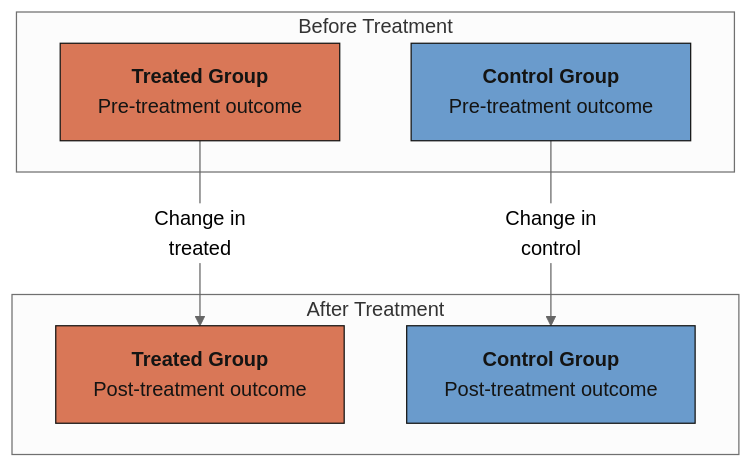
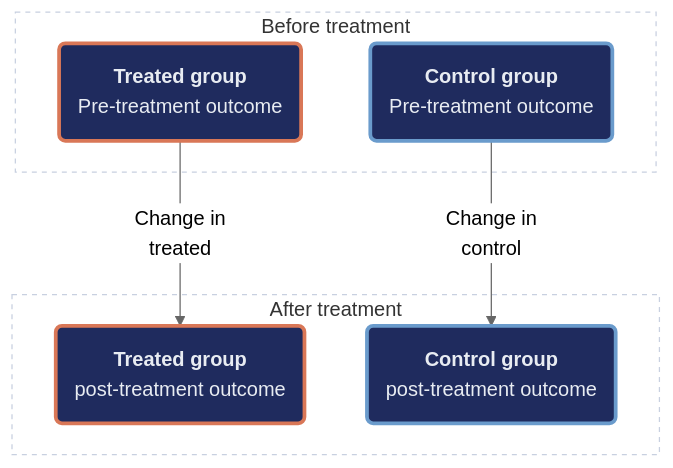
Before and after one commit to cmg777/starter-academic-v501: the first of 2 diagrams in content/post/python_did/index.md, drawn with Mermaid (neutral theme). The commit also changed other lines of this file and 16 other files, not shown here.

First line of the commit message:
content(mermaid): restyle flowcharts in Python posts, batch 1 of 2

````diff
--- a/content/post/python_did/index.md
+++ b/content/post/python_did/index.md
@@ -216,19 +216,20 @@
 ```mermaid
 graph TB
-    subgraph "Before Treatment"
-        A["<b>Treated Group</b><br/>Pre-treatment outcome"]
-        B["<b>Control Group</b><br/>Pre-treatment outcome"]
+    subgraph SG1["Before treatment"]
+        A("<b>Treated group</b><br/>Pre-treatment outcome")
+        B("<b>Control group</b><br/>Pre-treatment outcome")
     end
-    subgraph "After Treatment"
-        C["<b>Treated Group</b><br/>Post-treatment outcome"]
-        D["<b>Control Group</b><br/>Post-treatment outcome"]
+    subgraph SG2["After treatment"]
+        C("<b>Treated group</b><br/>post-treatment outcome")
+        D("<b>Control group</b><br/>post-treatment outcome")
     end
 
     A -->|"Change in<br/>treated"| C
     B -->|"Change in<br/>control"| D
-
-    style A fill:#d97757,stroke:#141413,color:#141413
-    style C fill:#d97757,stroke:#141413,color:#141413
-    style B fill:#6a9bcc,stroke:#141413,color:#141413
-    style D fill:#6a9bcc,stroke:#141413,color:#141413
+    style SG1 fill:none,stroke:#c8d0e0,stroke-width:1px,stroke-dasharray:4 4
+    style SG2 fill:none,stroke:#c8d0e0,stroke-width:1px,stroke-dasharray:4 4
+    classDef orange fill:#1f2b5e,stroke:#d97757,stroke-width:3px,color:#e8ecf2
+    classDef blue fill:#1f2b5e,stroke:#6a9bcc,stroke-width:3px,color:#e8ecf2
+    class A,C orange
+    class B,D blue
 ```
````
